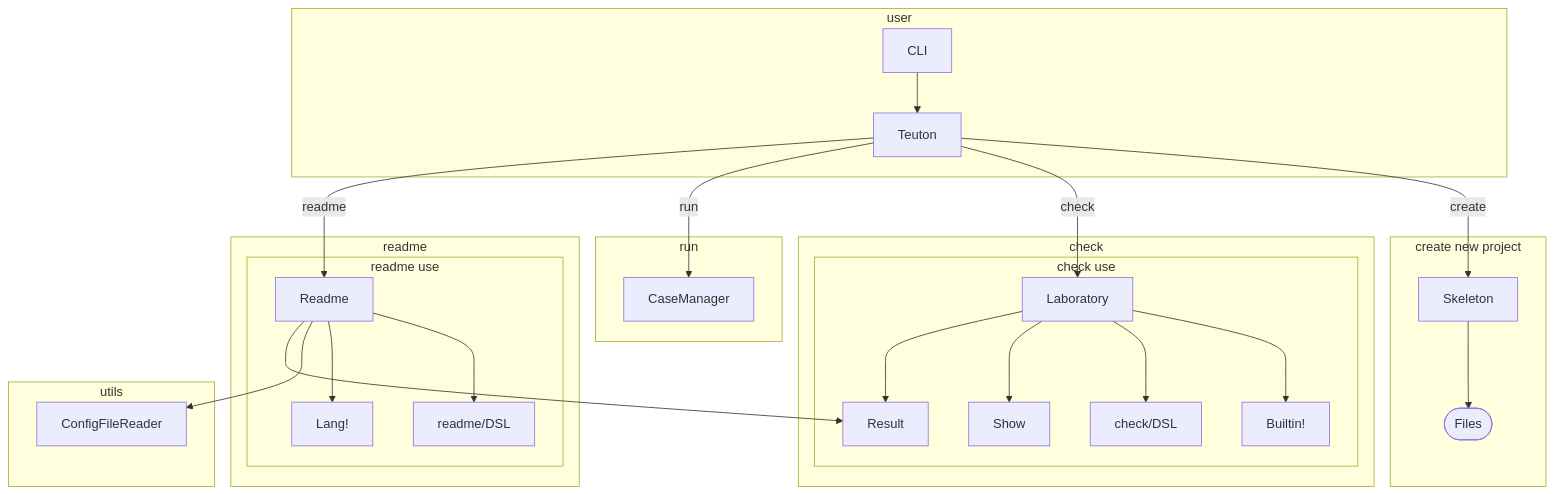
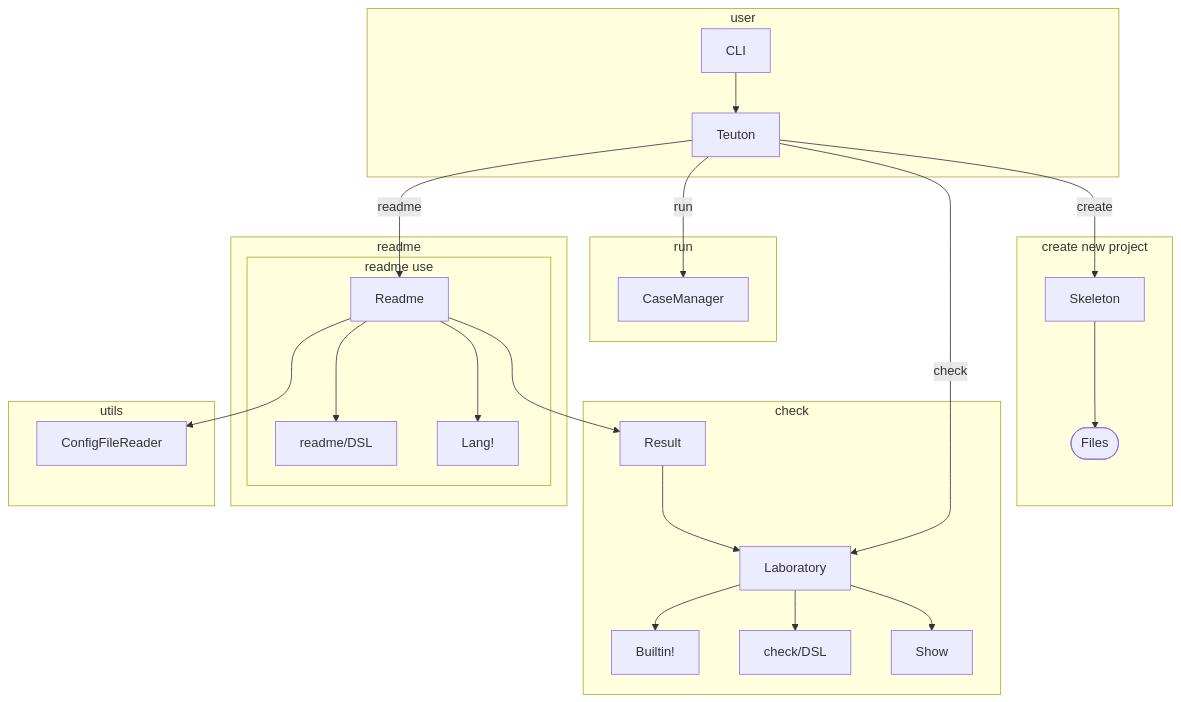
The diagram in docs/diagram.md (teuton-software/teuton), drawn with Mermaid before and after one commit.

````diff
--- a/docs/diagram.md
+++ b/docs/diagram.md
@@ -5,41 +5,39 @@
 ```mermaid
 flowchart TB
 
 subgraph user
   CLI --> Teuton
 end
 
 subgraph "create new project"
   Teuton -- create --> Skeleton
   Skeleton --> Files([Files])
 end
 
 subgraph check
   Teuton -- check --> Laboratory
 
-  subgraph "check use"
-    Laboratory --> Builtin!
-    Laboratory --> check/DSL
-    Laboratory --> Show  
-    Laboratory --> Result
-  end
+  Laboratory --> Builtin!
+  Laboratory --> check/DSL
+  Laboratory --> Show  
+  Result --> Laboratory
 end
 
 subgraph run
   Teuton -- run --> CaseManager
 end
 
 subgraph readme
   Teuton -- readme --> Readme
 
   subgraph "readme use"
     Readme --> readme/DSL
     Readme --> Lang!  
   end
 end
 
 subgraph utils
   Readme --> ConfigFileReader
   Readme --> Result
 end
 ```
````
